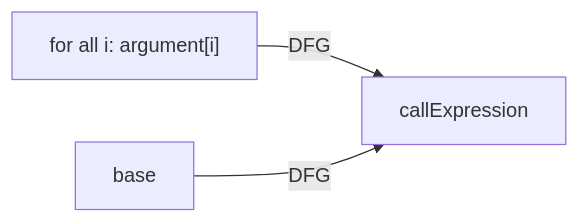
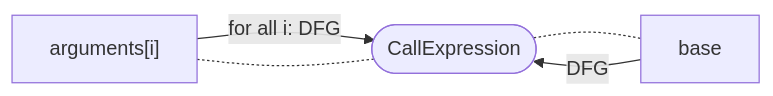
One commit to Fraunhofer-AISEC/cpg changed the second of 28 diagrams in cpg-core/specifications/dfg.md. Above: the diagram before and after it, drawn with Mermaid. The commit also changed other lines of this file, not shown here.

````diff
--- a/cpg-core/specifications/dfg.md
+++ b/cpg-core/specifications/dfg.md
@@ -31,5 +34,7 @@
   ```mermaid
   flowchart LR
-    A["for all i: argument[i]"] -- DFG --> B[callExpression];
-    C[base] -- DFG --> B;
+    arguments["arguments[i]"] -- "for all i: DFG" --> node([CallExpression]);
+    base -- DFG --> node;
+    arguments -.- node;
+    node -.- base;
   ```
````
